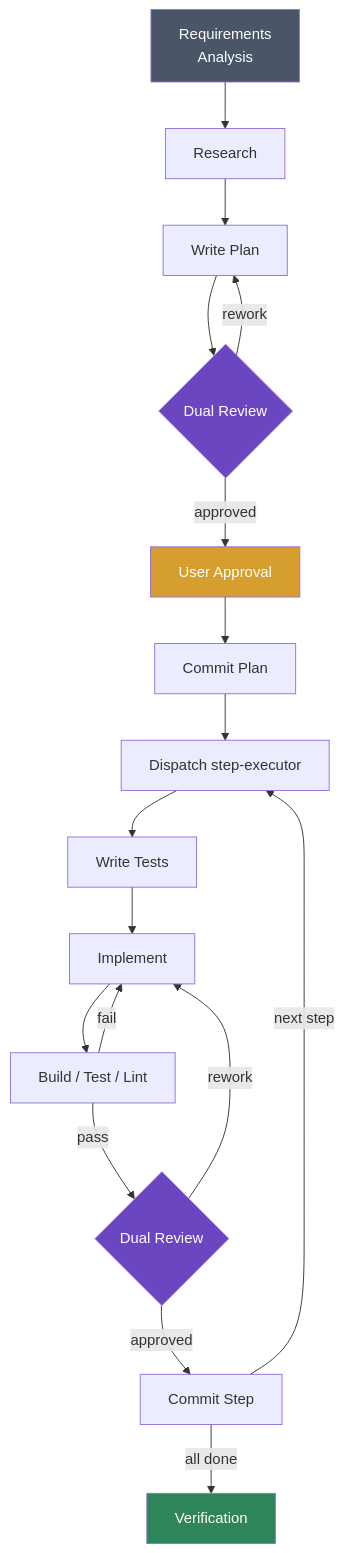
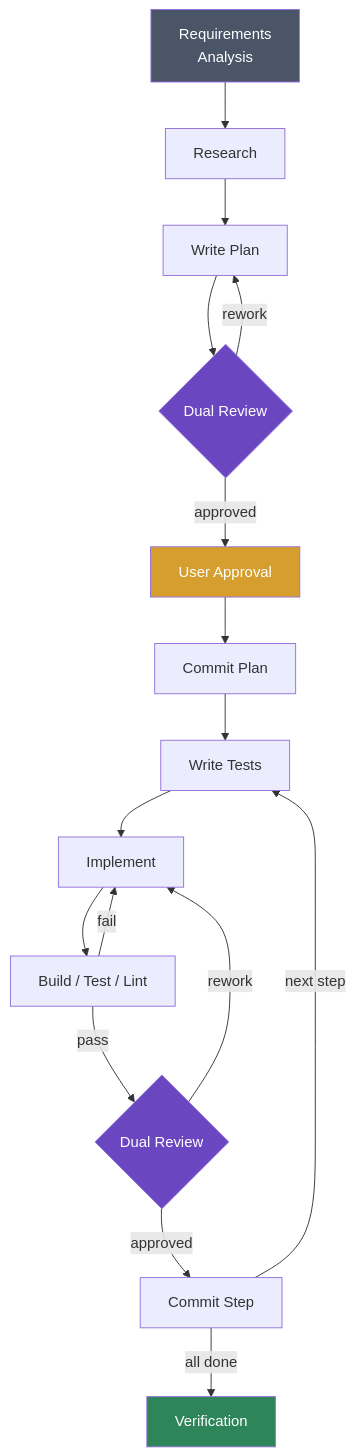
Before and after one commit to POPFD/claude-sweatshop: the diagram in README.md, drawn with Mermaid. The commit also changed other lines of this file and 3 other files, not shown here.

````diff
--- a/README.md
+++ b/README.md
@@ -76,26 +76,25 @@
 ```mermaid
 flowchart TD
     A["Requirements\nAnalysis"] --> B["Research"]
     B --> C["Write Plan"]
     C --> D{"Dual Review"}
     D -->|rework| C
     D -->|approved| E["User Approval"]
     E --> F["Commit Plan"]
 
-    F --> X["Dispatch step-executor"]
-    X --> G["Write Tests"]
+    F --> G["Write Tests"]
     G --> H["Implement"]
     H --> I["Build / Test / Lint"]
     I -->|fail| H
     I -->|pass| J{"Dual Review"}
     J -->|rework| H
     J -->|approved| K["Commit Step"]
-    K -->|next step| X
+    K -->|next step| G
     K -->|all done| L["Verification"]
 
     style A fill:#4a5568,color:#fff
     style L fill:#2f855a,color:#fff
     style D fill:#6b46c1,color:#fff
     style J fill:#6b46c1,color:#fff
     style E fill:#d69e2e,color:#fff
 ```
````
